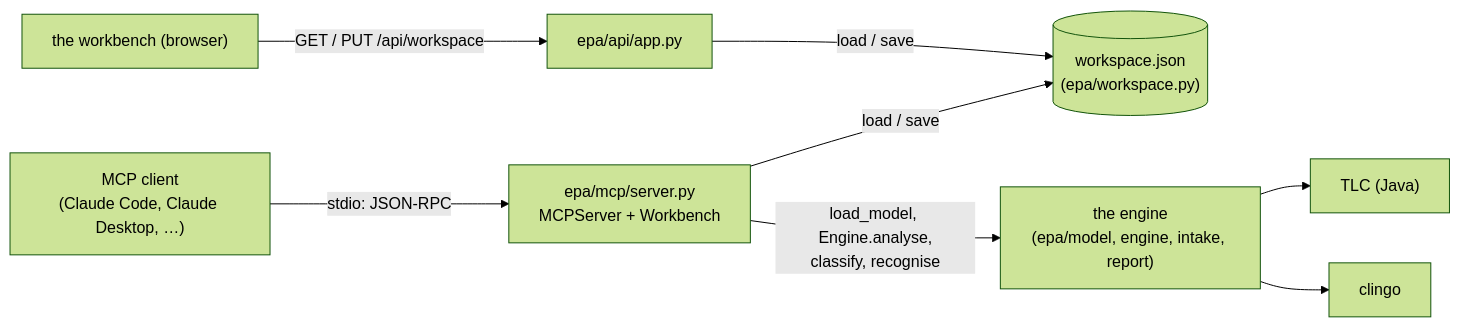
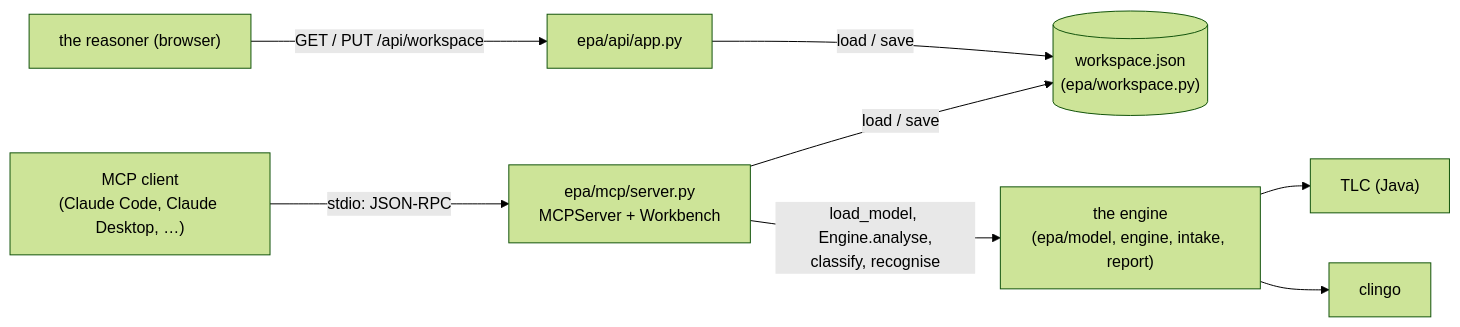
The first of 3 diagrams in docs/dev/mcp.md (nmarci7/Bimodal-EPA), drawn with Mermaid (forest theme) before and after one commit. The commit also changed other lines of this file and 49 other files, not shown here.

````diff
--- a/docs/dev/mcp.md
+++ b/docs/dev/mcp.md
@@ -20,9 +20,9 @@
 ```mermaid
 flowchart LR
   C["MCP client<br/>(Claude Code, Claude Desktop, …)"] -- "stdio: JSON-RPC" --> S["epa/mcp/server.py<br/>MCPServer + Workbench"]
   S -- "load / save" --> WS[("workspace.json<br/>(epa/workspace.py)")]
   S -- "load_model, Engine.analyse,<br/>classify, recognise" --> E["the engine<br/>(epa/model, engine, intake, report)"]
   E --> TLC["TLC (Java)"] & CL["clingo"]
-  B["the workbench (browser)"] -- "GET / PUT /api/workspace" --> A["epa/api/app.py"]
+  B["the reasoner (browser)"] -- "GET / PUT /api/workspace" --> A["epa/api/app.py"]
   A -- "load / save" --> WS
 ```
````
